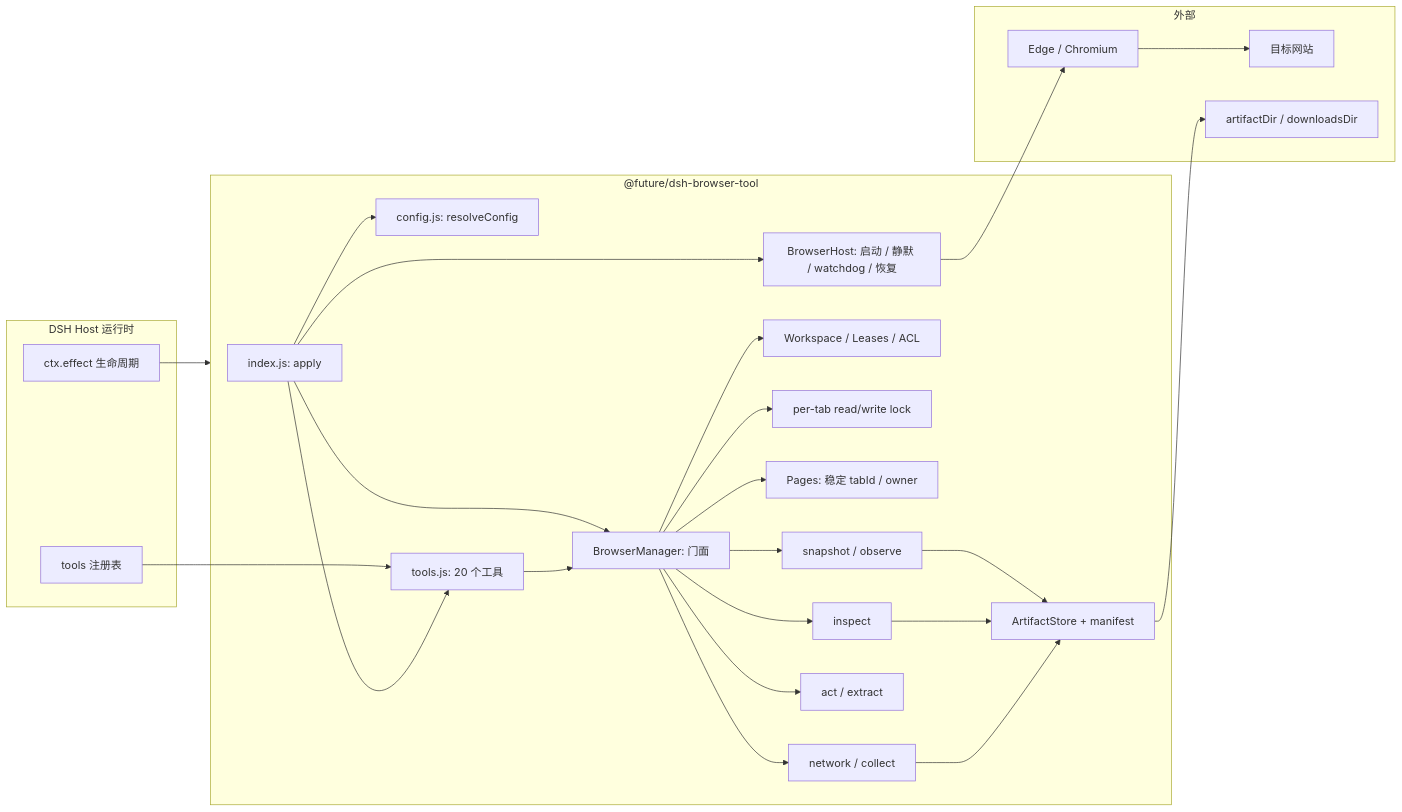
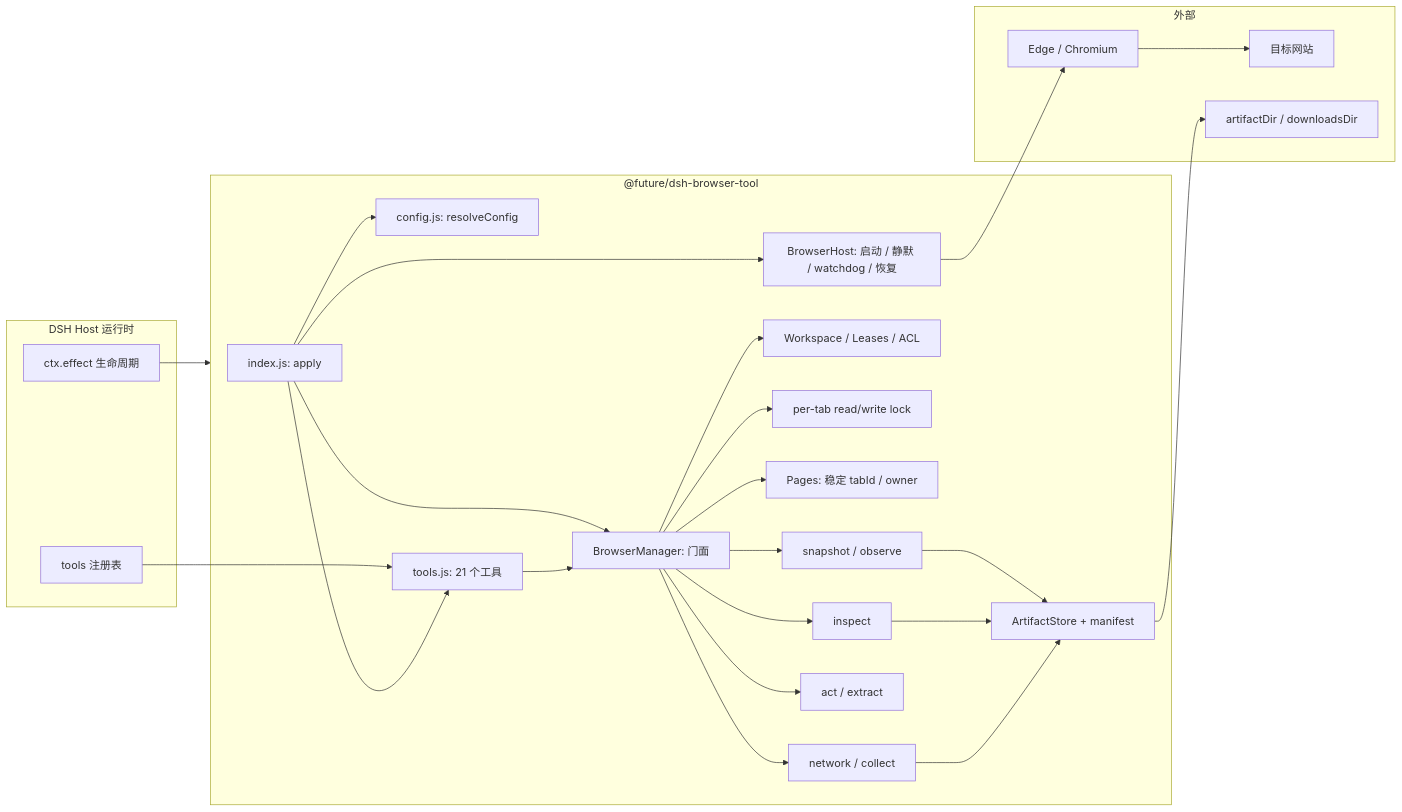
Before and after one commit to XiRuize/dsh-browser-tool: the first of 3 diagrams in docs/architecture.md, drawn with Mermaid. The commit also changed other lines of this file and 15 other files, not shown here.

````diff
--- a/docs/architecture.md
+++ b/docs/architecture.md
@@ -16,50 +16,50 @@
 ```mermaid
 flowchart LR
   subgraph Host["DSH Host 运行时"]
     T["tools 注册表"]
     E["ctx.effect 生命周期"]
   end
 
   subgraph Plugin["@future/dsh-browser-tool"]
     Entry["index.js: apply"]
     Cfg["config.js: resolveConfig"]
     HostM["BrowserHost: 启动 / 静默 / watchdog / 恢复"]
     Mgr["BrowserManager: 门面"]
     WS["Workspace / Leases / ACL"]
     Locks["per-tab read/write lock"]
     Pages["Pages: 稳定 tabId / owner"]
     Snap["snapshot / observe"]
     Insp["inspect"]
     Act["act / extract"]
     Net["network / collect"]
     Art["ArtifactStore + manifest"]
-    Tools["tools.js: 20 个工具"]
+    Tools["tools.js: 21 个工具"]
   end
 
   subgraph External["外部"]
     Chromium["Edge / Chromium"]
     Site["目标网站"]
     FS["artifactDir / downloadsDir"]
   end
 
   T --> Tools
   E --> Plugin
   Entry --> Cfg
   Entry --> HostM
   Entry --> Mgr
   Entry --> Tools
   HostM --> Chromium
   Chromium --> Site
   Mgr --> WS
   Mgr --> Locks
   Mgr --> Pages
   Mgr --> Snap
   Mgr --> Insp
   Mgr --> Act
   Mgr --> Net
   Snap --> Art
   Insp --> Art
   Net --> Art
   Art --> FS
   Tools --> Mgr
 ```
````
